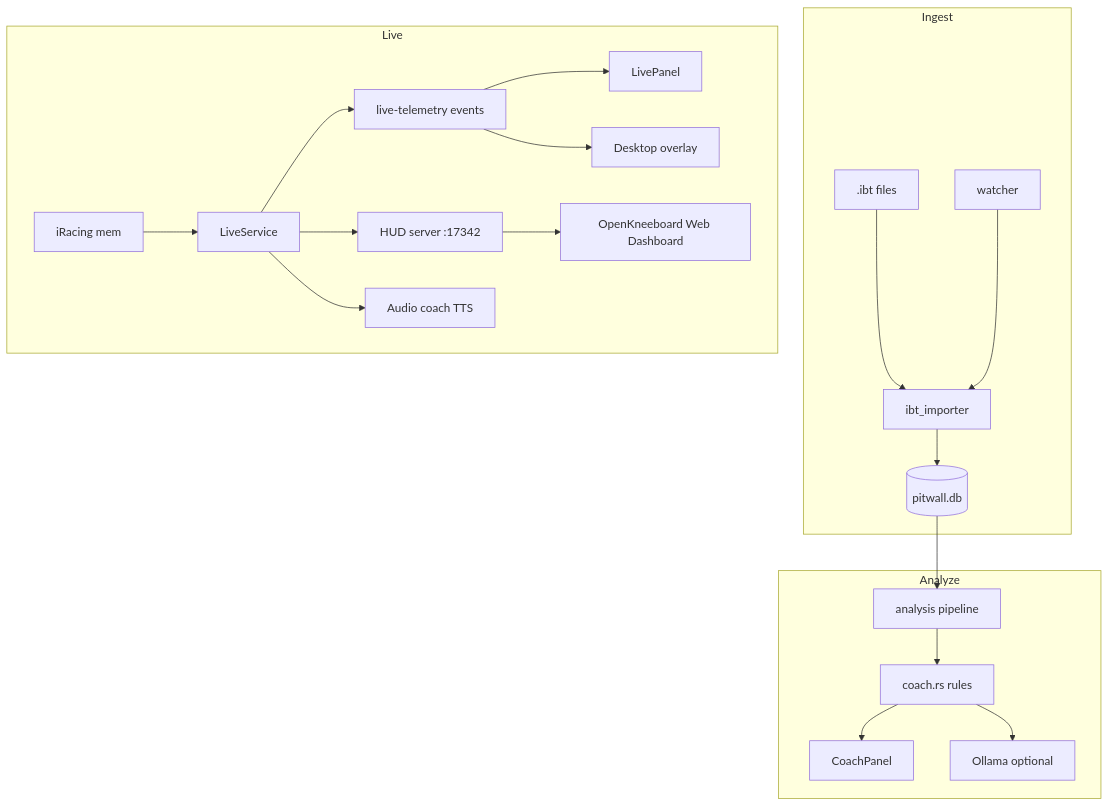
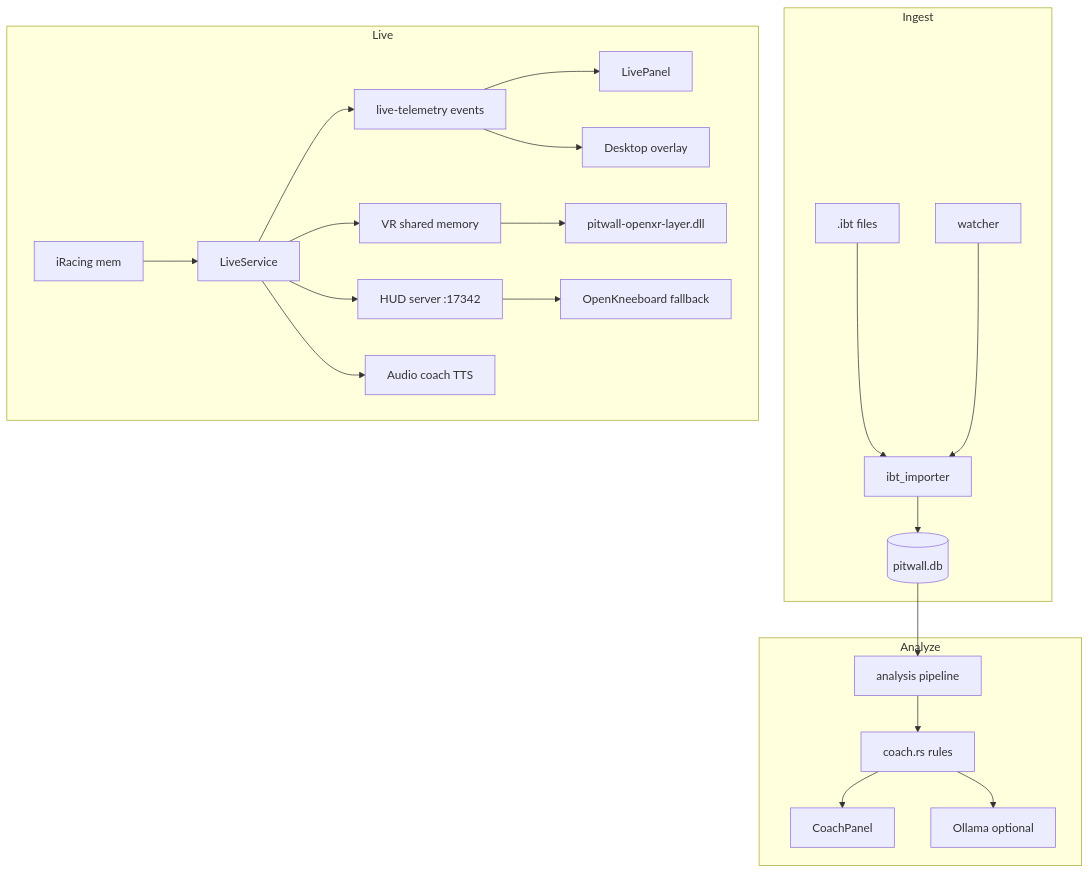
Before and after one commit to JacobKonkowski/pitwall-desktop: the diagram in docs/ARCHITECTURE.md, drawn with Mermaid. The commit also changed other lines of this file and 41 other files, not shown here.

````diff
--- a/docs/ARCHITECTURE.md
+++ b/docs/ARCHITECTURE.md
@@ -13,23 +13,25 @@
 ```mermaid
 flowchart TB
   subgraph ingest [Ingest]
     IBT[.ibt files] --> Importer[ibt_importer]
     Watcher[watcher] --> Importer
     Importer --> DB[(pitwall.db)]
   end
   subgraph live [Live]
     iRacing[iRacing mem] --> LiveSvc[LiveService]
     LiveSvc --> Events[live-telemetry events]
     Events --> LiveUI[LivePanel]
     Events --> Overlay[Desktop overlay]
+    LiveSvc --> ShmWriter[VR shared memory]
+    ShmWriter --> OpenXRLayer[pitwall-openxr-layer.dll]
     LiveSvc --> HudServer[HUD server :17342]
-    HudServer --> OpenKneeboard[OpenKneeboard Web Dashboard]
+    HudServer --> OpenKneeboard[OpenKneeboard fallback]
     LiveSvc --> Audio[Audio coach TTS]
   end
   subgraph analyze [Analyze]
     DB --> Pipeline[analysis pipeline]
     Pipeline --> Coach[coach.rs rules]
     Coach --> CoachUI[CoachPanel]
     Coach --> Ollama[Ollama optional]
   end
 ```
````
